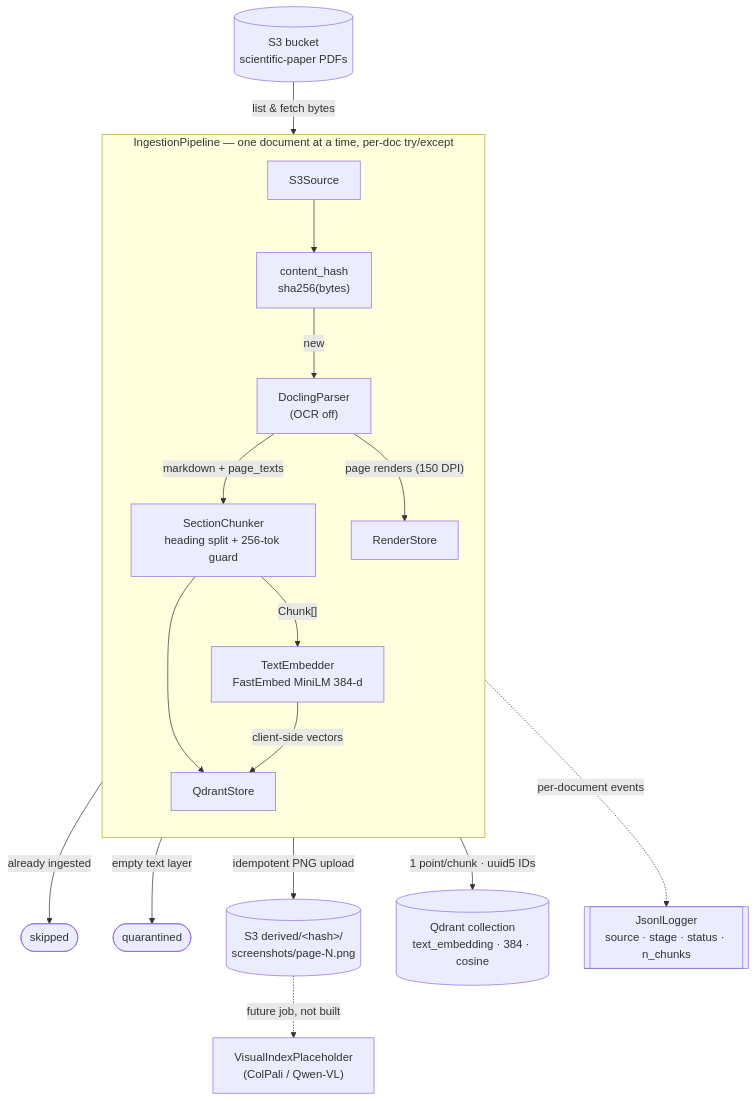
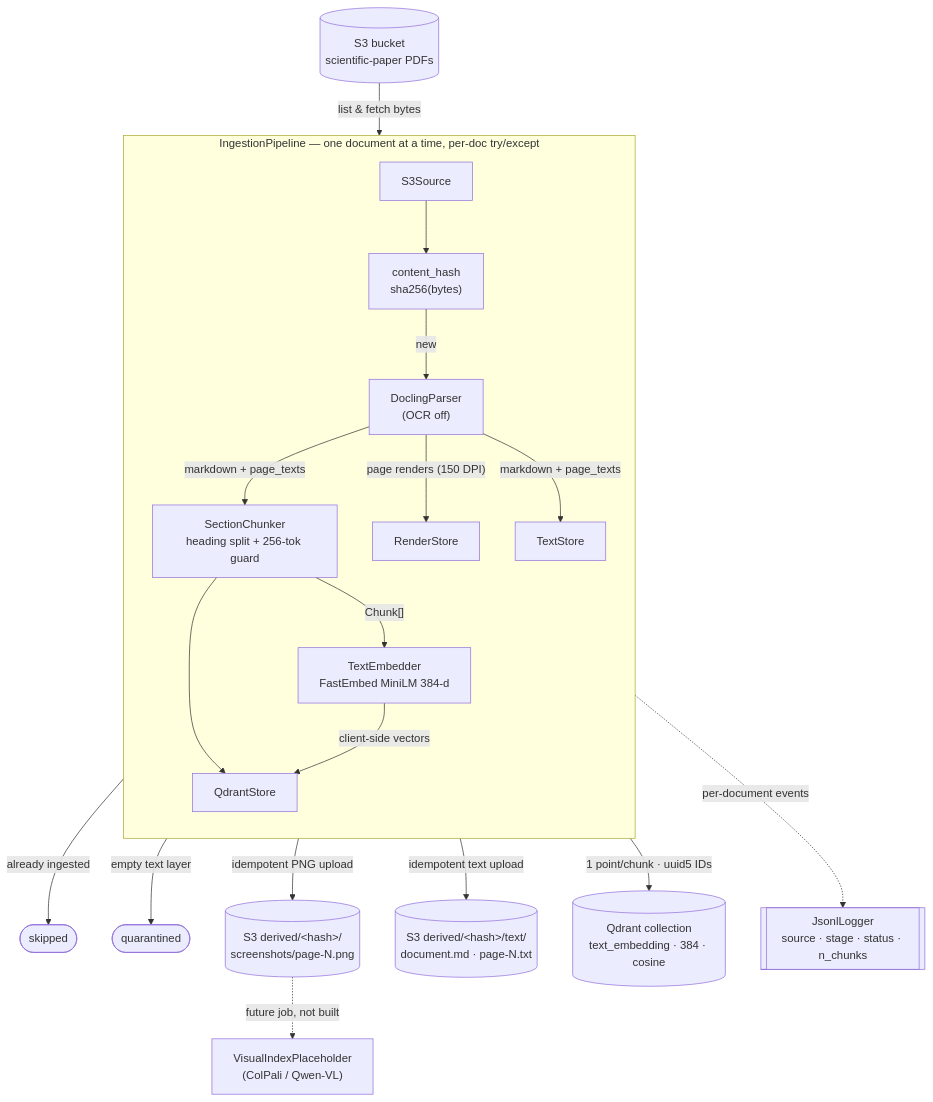
The diagram in README.md (gabrielesanticchi/SportsScienceRAG), drawn with Mermaid before and after one commit. The commit also changed other lines of this file and 5 other files, not shown here.

First line of the commit message:
feat: persist parsed markdown and per-page text to S3 via TextStore

````diff
--- a/README.md
+++ b/README.md
@@ -29,22 +32,24 @@
 ```mermaid
 flowchart TD
     S3[("S3 bucket<br/>scientific-paper PDFs")] -->|list &amp; fetch bytes| SRC["S3Source"]
 
     subgraph PIPE["IngestionPipeline — one document at a time, per-doc try/except"]
         direction TB
         SRC --> HASH["content_hash<br/>sha256(bytes)"]
         HASH -->|new| PARSE["DoclingParser<br/>(OCR off)"]
         PARSE -->|"markdown + page_texts"| CHUNK["SectionChunker<br/>heading split + 256-tok guard"]
         PARSE -->|"page renders (150 DPI)"| REND["RenderStore"]
+        PARSE -->|"markdown + page_texts"| TXT["TextStore"]
         CHUNK -->|"Chunk[]"| EMB["TextEmbedder<br/>FastEmbed MiniLM 384-d"]
         CHUNK --> STORE["QdrantStore"]
         EMB -->|"client-side vectors"| STORE
     end
 
     HASH -->|already ingested| SKIP([skipped])
     PARSE -->|empty text layer| QUAR([quarantined])
     REND -->|idempotent PNG upload| DERIVED[("S3 derived/&lt;hash&gt;/<br/>screenshots/page-N.png")]
+    TXT -->|idempotent text upload| DERIVEDTXT[("S3 derived/&lt;hash&gt;/text/<br/>document.md · page-N.txt")]
     STORE -->|"1 point/chunk · uuid5 IDs"| QDR[("Qdrant collection<br/>text_embedding · 384 · cosine")]
     DERIVED -.->|future job, not built| VIS["VisualIndexPlaceholder<br/>(ColPali / Qwen-VL)"]
     PIPE -.->|per-document events| LOG[["JsonlLogger<br/>source · stage · status · n_chunks"]]
 ```
````
